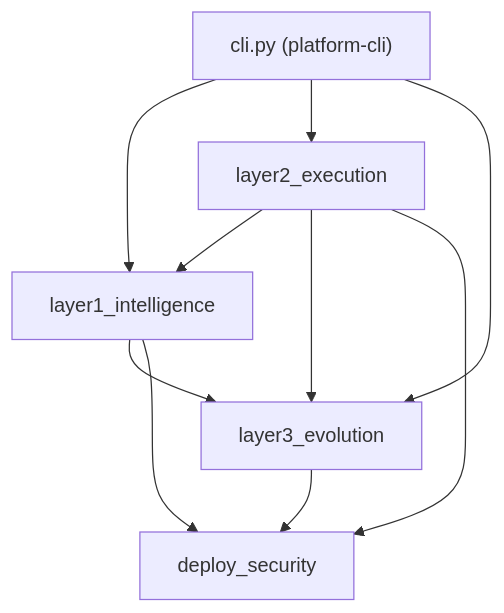
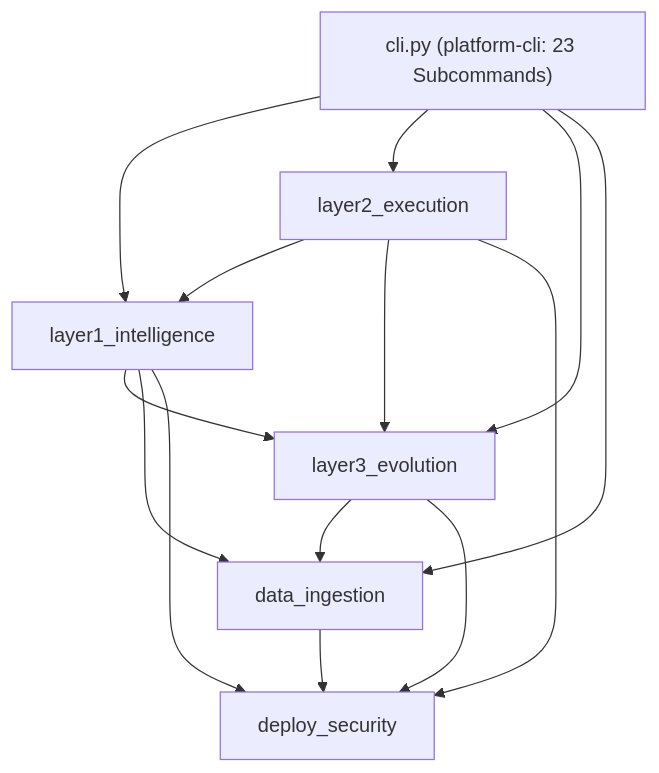
The diagram in src/platform_core/README.md (gballa/ai-model-platform), drawn with Mermaid before and after one commit. The commit also changed other lines of this file and 40 other files, not shown here.

Commit message:
docs: update architecture documentation, agent topology, and symbol indexes

````diff
--- a/src/platform_core/README.md
+++ b/src/platform_core/README.md
@@ -17,18 +18,23 @@
 ```mermaid
 flowchart TB
-    CLI["cli.py (platform-cli)"]
+    CLI["cli.py (platform-cli: 23 Subcommands)"]
     L1["layer1_intelligence"]
     L2["layer2_execution"]
     L3["layer3_evolution"]
+    DI["data_ingestion"]
     SEC["deploy_security"]
 
     CLI --> L1
     CLI --> L2
     CLI --> L3
+    CLI --> DI
     L2 --> L1
     L2 --> L3
     L2 --> SEC
     L1 --> L3
+    L1 --> DI
     L1 --> SEC
+    L3 --> DI
     L3 --> SEC
+    DI --> SEC
 ```
````
